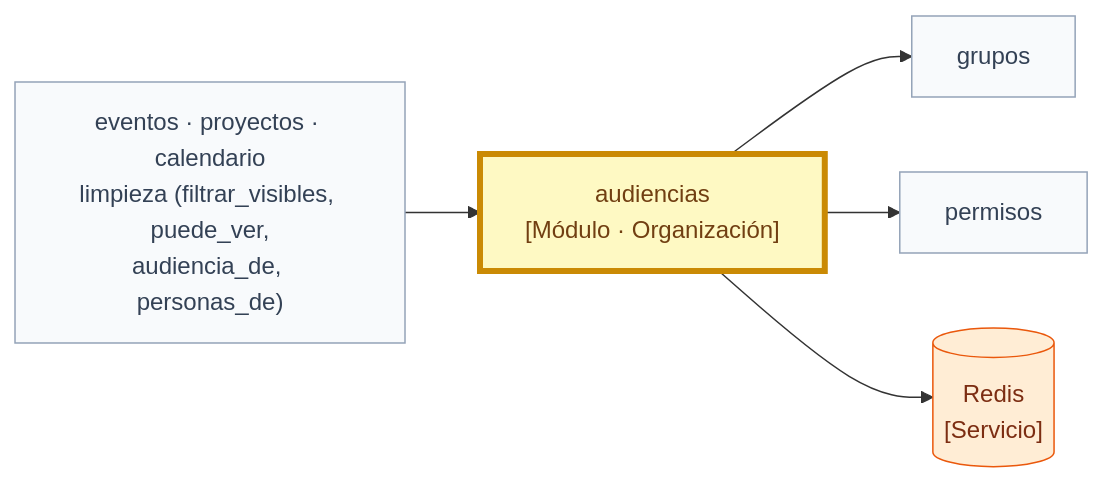
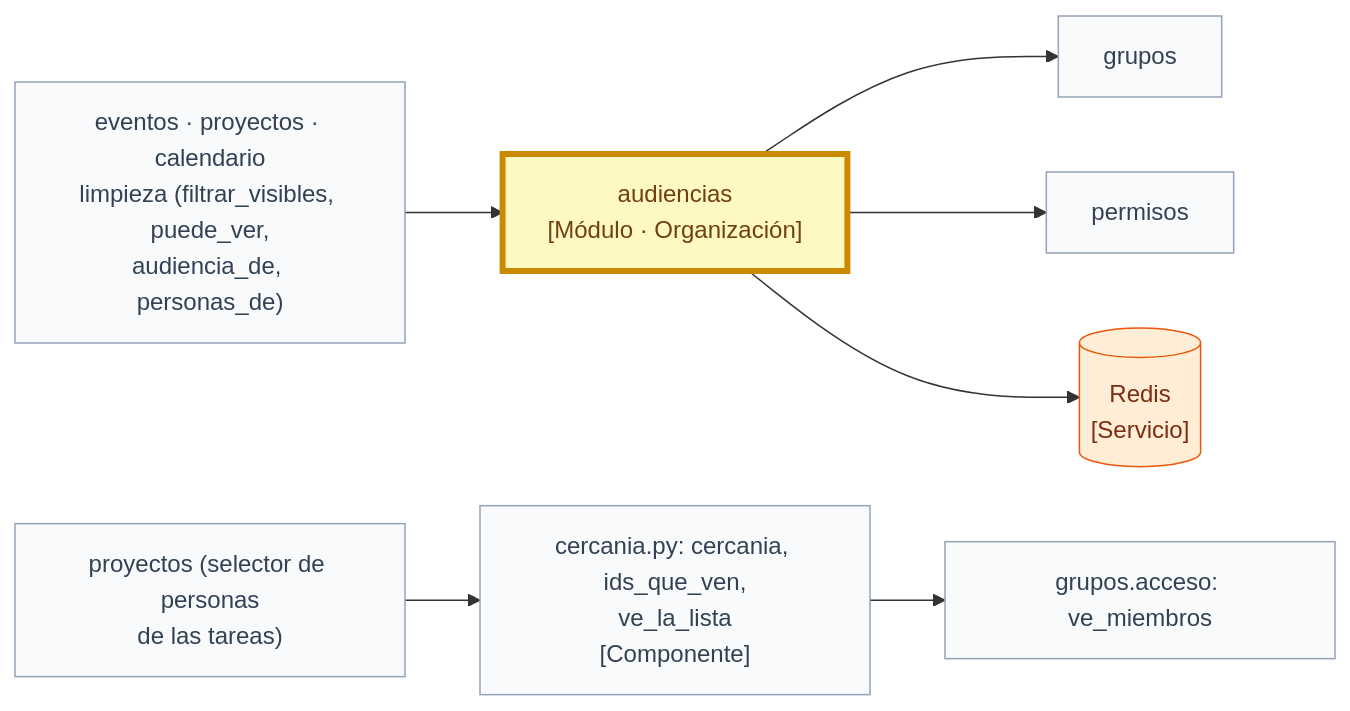
One commit to chemabc/groupy changed diagram 13 of 33 in docs/arquitectura.md. Above: the diagram before and after it, drawn with Mermaid. The commit also changed other lines of this file and 15 other files, not shown here.

First line of the commit message:
Selector de personas: responsable y colaboran de las tareas, por cercanía

````diff
--- a/docs/arquitectura.md
+++ b/docs/arquitectura.md
@@ -417,15 +418,20 @@
 ```mermaid
 flowchart LR
   classDef yo fill:#fef9c3,stroke:#ca8a04,stroke-width:4px,color:#713f12
   classDef otro fill:#f8fafc,stroke:#94a3b8,color:#334155
   classDef servicio fill:#ffedd5,stroke:#ea580c,color:#7c2d12
   aud["audiencias<br/>[Módulo · Organización]"]:::yo
   gru["grupos"]:::otro
   per["permisos"]:::otro
   redis[("Redis<br/>[Servicio]")]:::servicio
   usan["eventos · proyectos · calendario<br/>limpieza (filtrar_visibles, puede_ver,<br/>audiencia_de, personas_de)"]:::otro
+  cerca["cercania.py: cercania, ids_que_ven,<br/>ve_la_lista<br/>[Componente]"]:::otro
+  acceso["grupos.acceso: ve_miembros"]:::otro
   aud --> gru
   aud --> per
   aud --> redis
   usan --> aud
+  cerca --> acceso
+  pro2["proyectos (selector de personas<br/>de las tareas)"]:::otro
+  pro2 --> cerca
 ```
````
